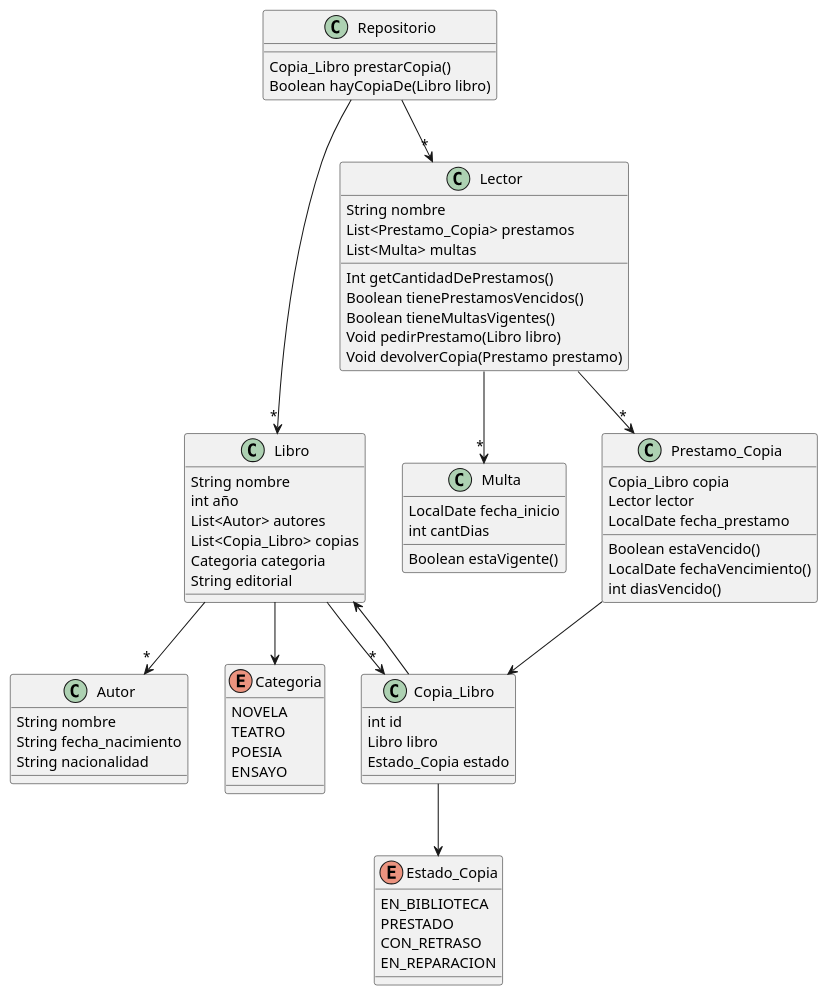
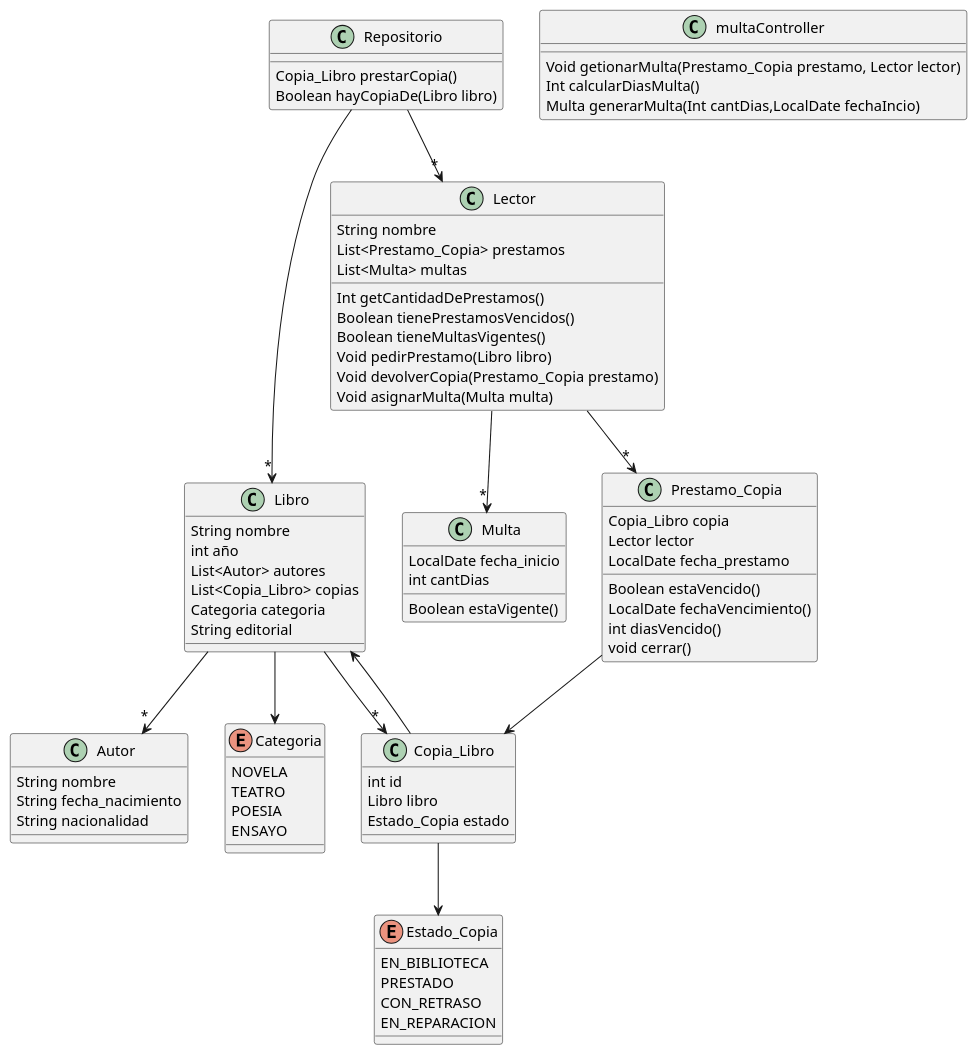
Before and after one commit to LucasBarr99/DDS-Grupo7: the diagram in src/DiagrameDeClases-EJ31.puml, drawn with PlantUML. The commit also changed 1 other file, not shown here.

Commit message:
Actualizo diagrama de clases ej31_biblioteca

```diff
--- a/src/DiagrameDeClases-EJ31.puml
+++ b/src/DiagrameDeClases-EJ31.puml
@@ -1,84 +1,93 @@
 @startuml
 'https://plantuml.com/class-diagram
 
 class Libro {
     String nombre
     int año
     List<Autor> autores
     List<Copia_Libro> copias
     Categoria categoria
     String editorial
 
 }
 
 class Copia_Libro {
     int id
     Libro libro
     Estado_Copia estado
 
 }
 class Prestamo_Copia {
     Copia_Libro copia
     Lector lector
     LocalDate fecha_prestamo
 
 
     Boolean estaVencido()
     LocalDate fechaVencimiento()
     int diasVencido()
+    void cerrar()
 }
 class Autor {
     String nombre
     String fecha_nacimiento
     String nacionalidad
+}
+
+class multaController {
+
+    Void getionarMulta(Prestamo_Copia prestamo, Lector lector)
+    Int calcularDiasMulta()
+    Multa generarMulta(Int cantDias,LocalDate fechaIncio)
 }
 
 enum Categoria {
 NOVELA
 TEATRO
 POESIA
 ENSAYO
 }
 enum Estado_Copia {
 EN_BIBLIOTECA
 PRESTADO
 CON_RETRASO
 EN_REPARACION
 }
 
 class Lector{
     String nombre
     List<Prestamo_Copia> prestamos
     List<Multa> multas
 
     Int getCantidadDePrestamos()
     Boolean tienePrestamosVencidos()
     Boolean tieneMultasVigentes()
     Void pedirPrestamo(Libro libro)
-    Void devolverCopia(Prestamo prestamo)
+    Void devolverCopia(Prestamo_Copia prestamo)
+    Void asignarMulta(Multa multa)
 }
 class Multa{
     LocalDate fecha_inicio
     int cantDias
 
     Boolean estaVigente()
 
 }
 class Repositorio{
 
     Copia_Libro prestarCopia()
     Boolean hayCopiaDe(Libro libro)
 }
 
 Libro --> Categoria
 Libro -->"*" Autor
 Copia_Libro --> Estado_Copia
 Copia_Libro --> Libro
 Prestamo_Copia --> Copia_Libro
 Lector -->"*" Multa
 Libro -->"*" Copia_Libro
 Lector -->"*" Prestamo_Copia
 Repositorio -->"*" Libro
 Repositorio -->"*" Lector
 
 @enduml
```
